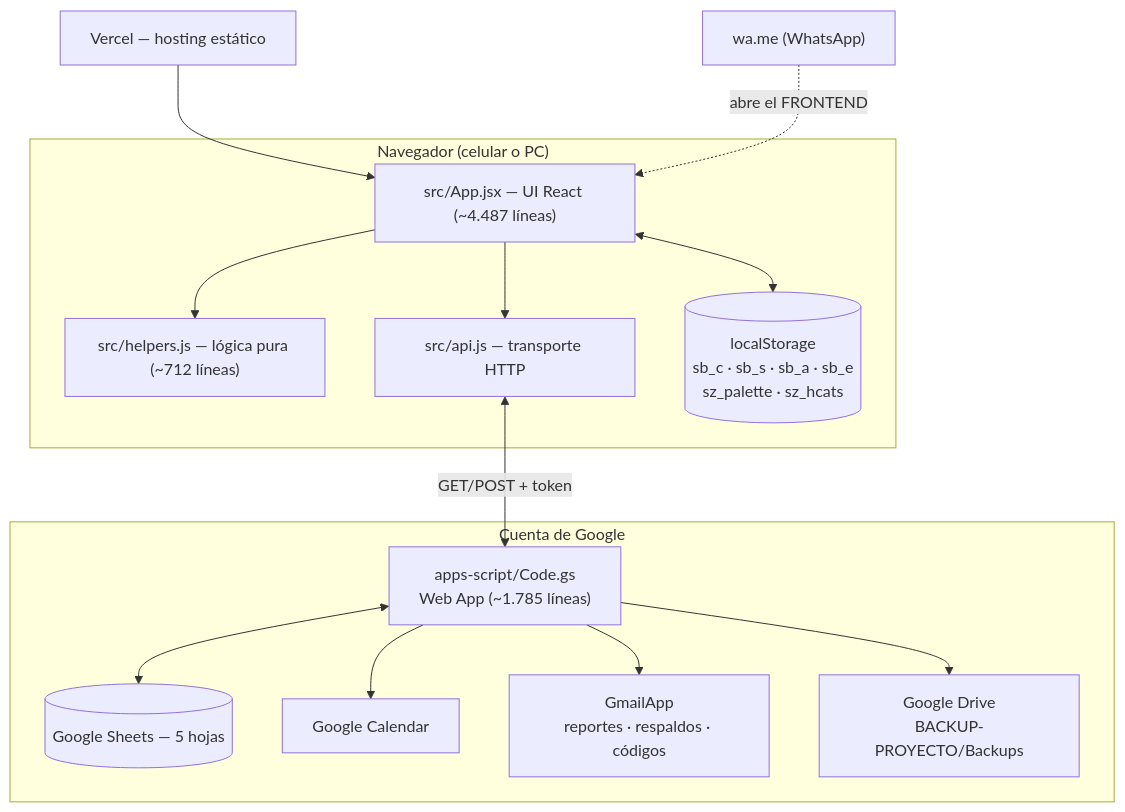
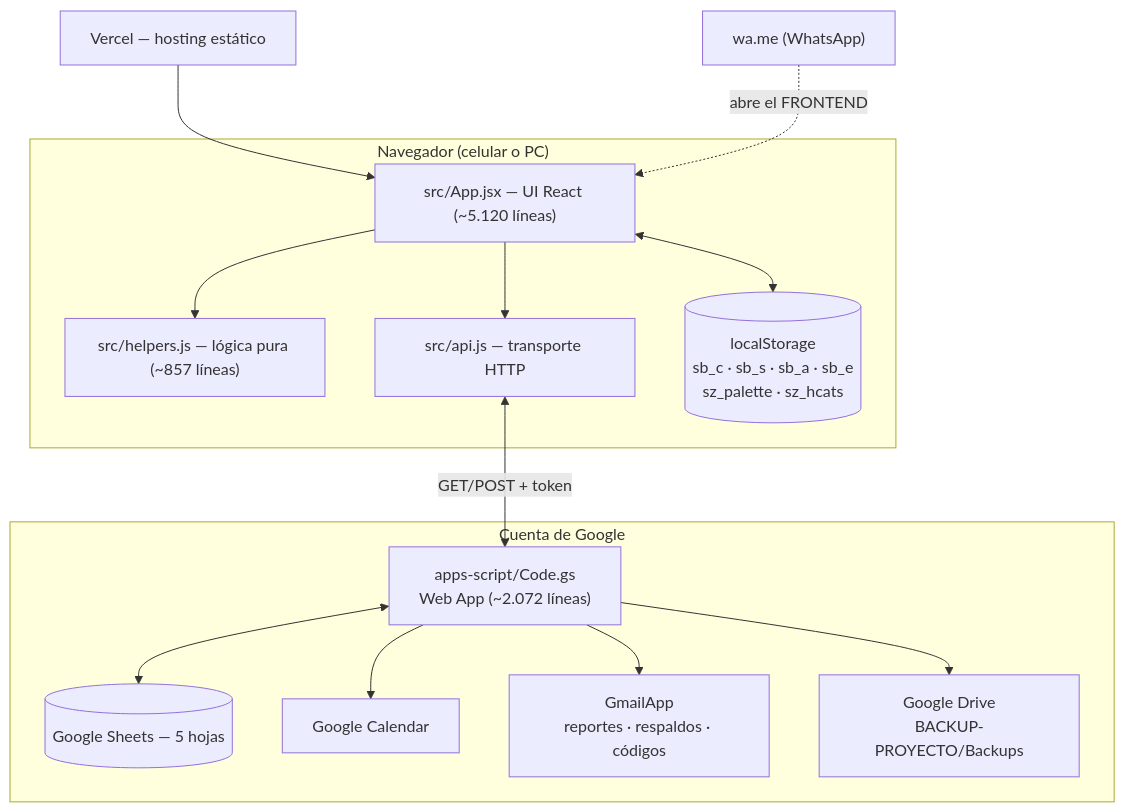
Before and after one commit to bryanm92s/SZ: the diagram in docs/ARQUITECTURA_Y_FUNCIONALIDADES.md, drawn with Mermaid. The commit also changed other lines of this file and 5 other files, not shown here.

````diff
--- a/docs/ARQUITECTURA_Y_FUNCIONALIDADES.md
+++ b/docs/ARQUITECTURA_Y_FUNCIONALIDADES.md
@@ -41,28 +41,28 @@
 ```mermaid
 flowchart TD
     subgraph Cliente["Navegador (celular o PC)"]
-        UI["src/App.jsx — UI React (~4.487 líneas)"]
-        HLP["src/helpers.js — lógica pura (~712 líneas)"]
+        UI["src/App.jsx — UI React (~5.120 líneas)"]
+        HLP["src/helpers.js — lógica pura (~857 líneas)"]
         API["src/api.js — transporte HTTP"]
         LS[("localStorage<br/>sb_c · sb_s · sb_a · sb_e<br/>sz_palette · sz_hcats")]
         UI --> HLP
         UI --> API
         UI <--> LS
     end
 
     subgraph Google["Cuenta de Google"]
-        GAS["apps-script/Code.gs<br/>Web App (~1.785 líneas)"]
+        GAS["apps-script/Code.gs<br/>Web App (~2.072 líneas)"]
         SH[("Google Sheets — 5 hojas")]
         CAL["Google Calendar"]
         GMAIL["GmailApp<br/>reportes · respaldos · códigos"]
         DRV["Google Drive<br/>BACKUP-PROYECTO/Backups"]
         GAS <--> SH
         GAS --> CAL
         GAS --> GMAIL
         GAS --> DRV
     end
 
     Vercel["Vercel — hosting estático"] --> UI
     API <-->|"GET/POST + token"| GAS
     WA["wa.me (WhatsApp)"] -.->|"abre el FRONTEND"| UI
 ```
````
